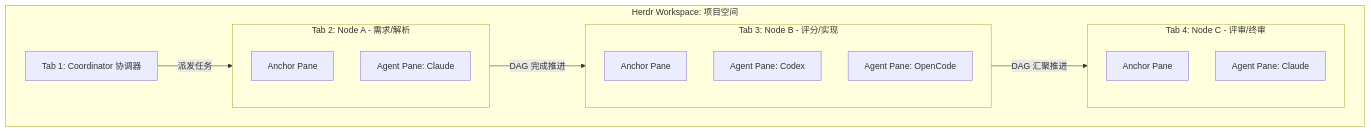
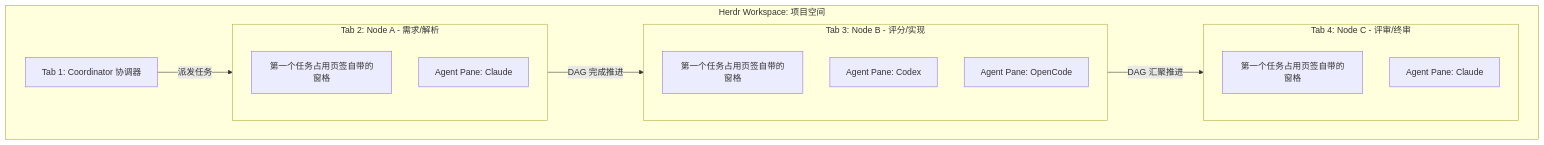
Before and after one commit to allinai0506/HAFlow: the first of 2 diagrams in docs/guides/universal-workflow-guide.md, drawn with Mermaid. The commit also changed other lines of this file and 22 other files, not shown here.

````diff
--- a/docs/guides/universal-workflow-guide.md
+++ b/docs/guides/universal-workflow-guide.md
@@ -48,26 +48,26 @@
 ```mermaid
 graph TD
     subgraph Herdr Workspace [Herdr Workspace: 项目空间]
         TabCoord[Tab 1: Coordinator 协调器]
         
         subgraph TabNodeA [Tab 2: Node A - 需求/解析]
-            AnchorA[Anchor Pane]
+            TaskA0[第一个任务占用页签自带的窗格]
             TaskA1[Agent Pane: Claude]
         end
 
         subgraph TabNodeB [Tab 3: Node B - 评分/实现]
-            AnchorB[Anchor Pane]
+            TaskB0[第一个任务占用页签自带的窗格]
             TaskB1[Agent Pane: Codex]
             TaskB2[Agent Pane: OpenCode]
         end
 
         subgraph TabNodeC [Tab 4: Node C - 评审/终审]
-            AnchorC[Anchor Pane]
+            TaskC0[第一个任务占用页签自带的窗格]
             TaskC1[Agent Pane: Claude]
         end
     end
 
     TabCoord -->|派发任务| TabNodeA
     TabNodeA -->|DAG 完成推进| TabNodeB
     TabNodeB -->|DAG 汇聚推进| TabNodeC
 ```
````
